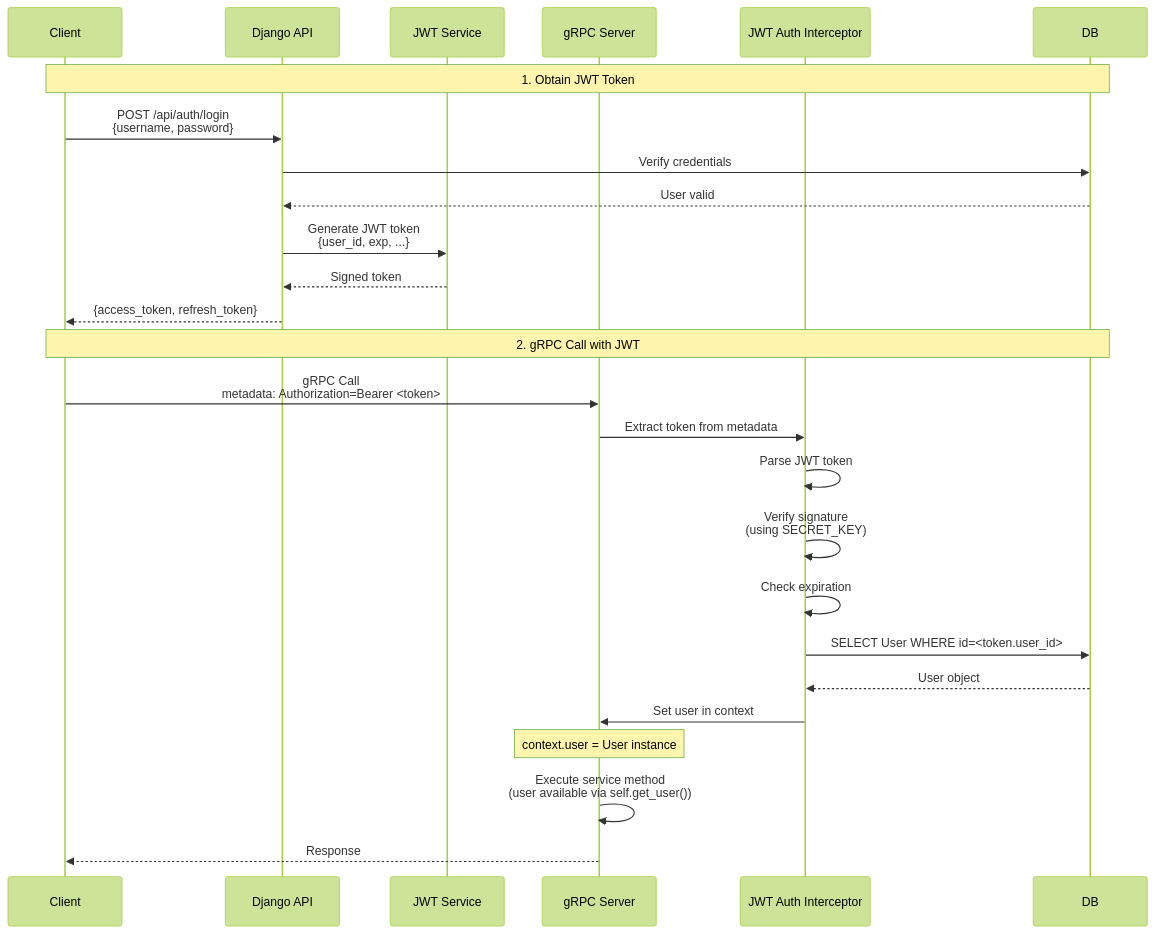
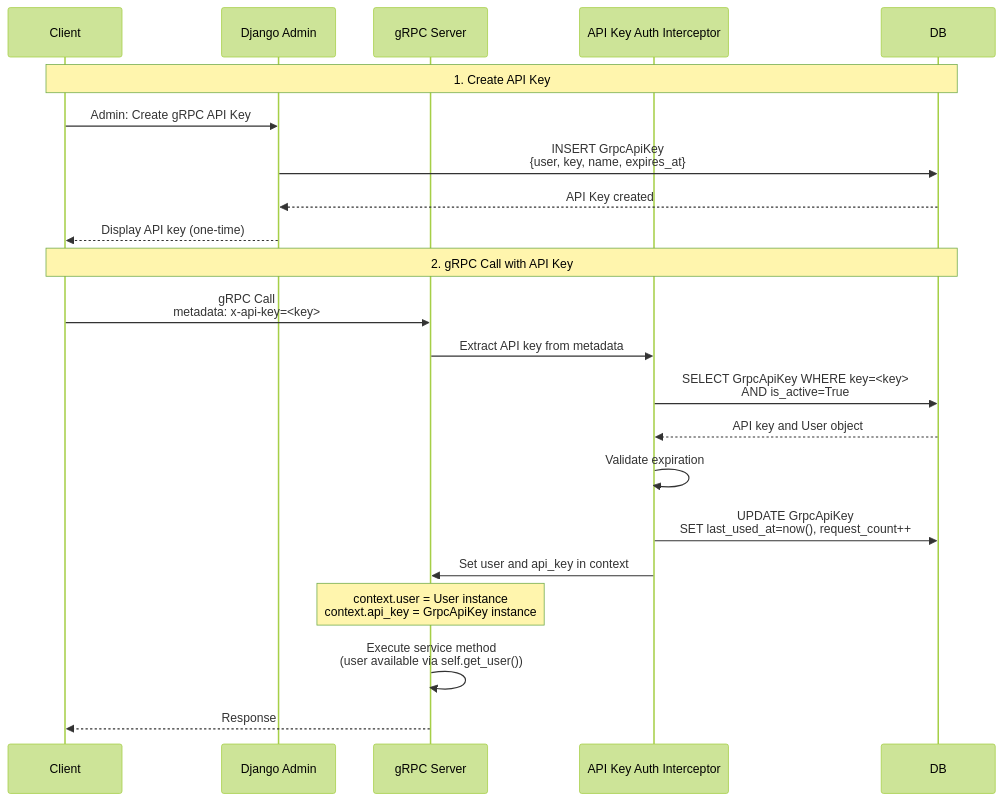
Before and after one commit to markolofsen/django-cfg: the seventh of 12 diagrams in docs/features/integrations/grpc/architecture.md, drawn with Mermaid (forest theme). The commit also changed other lines of this file and 41 other files, not shown here.

````diff
--- a/docs/features/integrations/grpc/architecture.md
+++ b/docs/features/integrations/grpc/architecture.md
@@ -365,35 +365,31 @@
 ```mermaid
 sequenceDiagram
     participant Client
-    participant Django as Django API
-    participant JWT as JWT Service
+    participant Django as Django Admin
     participant gRPC as gRPC Server
-    participant Auth as JWT Auth Interceptor
+    participant Auth as API Key Auth Interceptor
     participant DB
 
-    Note over Client,DB: 1. Obtain JWT Token
-    Client->>Django: POST /api/auth/login<br/>{username, password}
-    Django->>DB: Verify credentials
-    DB-->>Django: User valid
-    Django->>JWT: Generate JWT token<br/>{user_id, exp, ...}
-    JWT-->>Django: Signed token
-    Django-->>Client: {access_token, refresh_token}
+    Note over Client,DB: 1. Create API Key
+    Client->>Django: Admin: Create gRPC API Key
+    Django->>DB: INSERT GrpcApiKey<br/>{user, key, name, expires_at}
+    DB-->>Django: API Key created
+    Django-->>Client: Display API key (one-time)
 
-    Note over Client,DB: 2. gRPC Call with JWT
-    Client->>gRPC: gRPC Call<br/>metadata: Authorization=Bearer <token>
+    Note over Client,DB: 2. gRPC Call with API Key
+    Client->>gRPC: gRPC Call<br/>metadata: x-api-key=<key>
 
-    gRPC->>Auth: Extract token from metadata
-    Auth->>Auth: Parse JWT token
-    Auth->>Auth: Verify signature<br/>(using SECRET_KEY)
-    Auth->>Auth: Check expiration
+    gRPC->>Auth: Extract API key from metadata
+    Auth->>DB: SELECT GrpcApiKey WHERE key=<key><br/>AND is_active=True
+    DB-->>Auth: API key and User object
 
-    Auth->>DB: SELECT User WHERE id=<token.user_id>
-    DB-->>Auth: User object
+    Auth->>Auth: Validate expiration
+    Auth->>DB: UPDATE GrpcApiKey<br/>SET last_used_at=now(), request_count++
 
-    Auth->>gRPC: Set user in context
-    Note over gRPC: context.user = User instance
+    Auth->>gRPC: Set user and api_key in context
+    Note over gRPC: context.user = User instance<br/>context.api_key = GrpcApiKey instance
 
     gRPC->>gRPC: Execute service method<br/>(user available via self.get_user())
 
     gRPC-->>Client: Response
 ```
````
